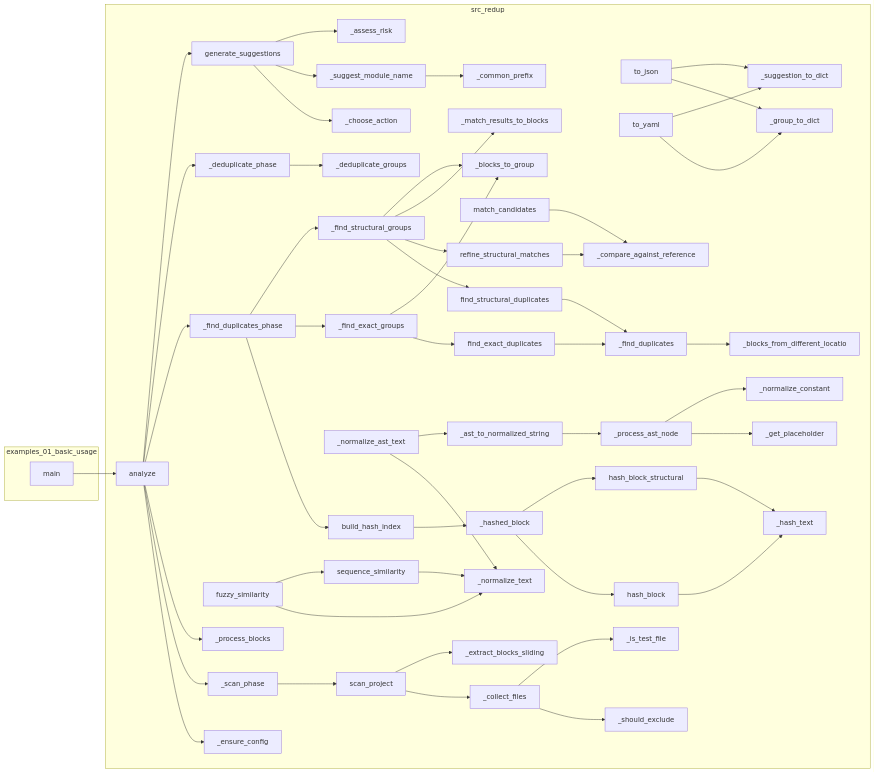
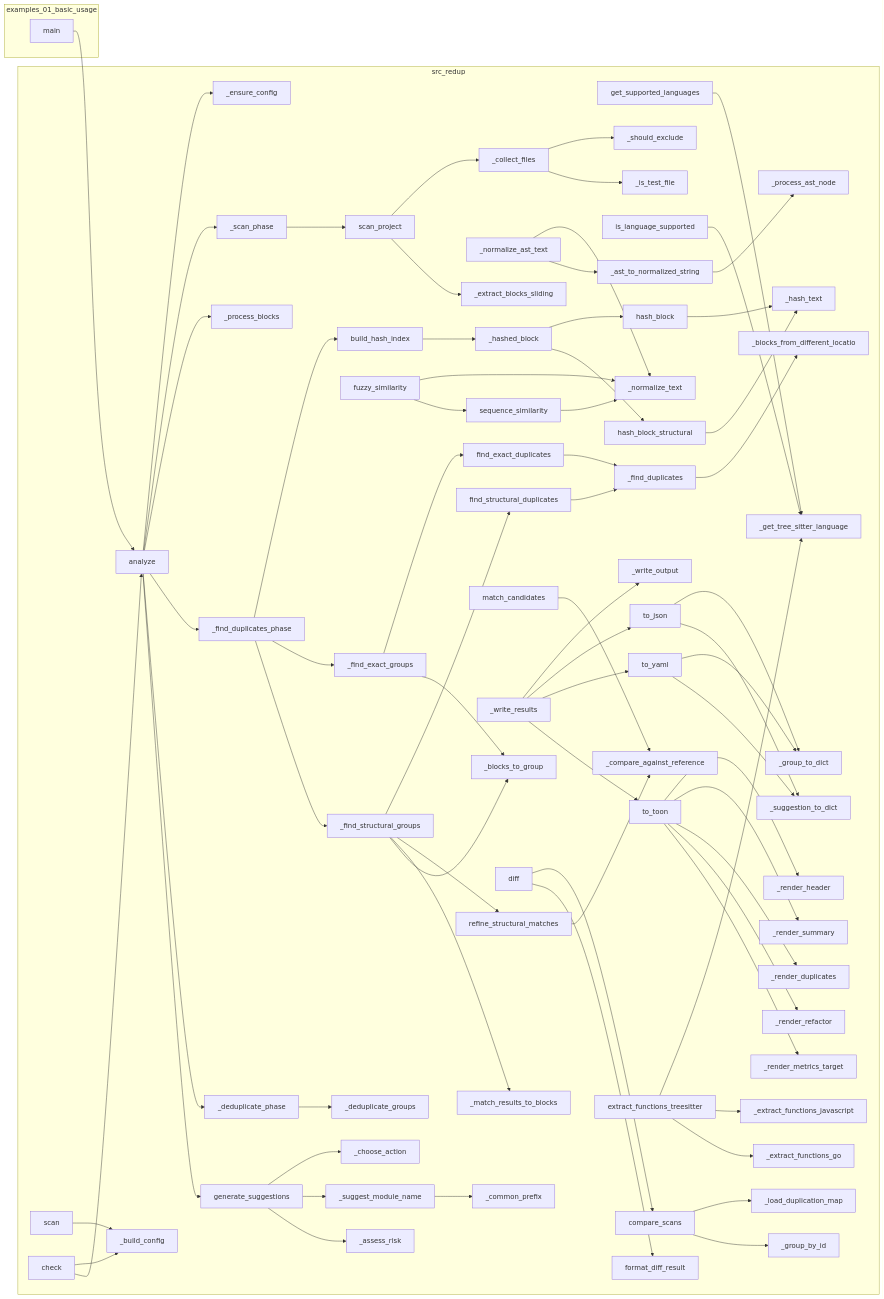
One commit to semcod/redup changed the diagram in project/calls.mmd. Above: the diagram before and after it, drawn with Mermaid. The commit also changed 31 other files, not shown here.

```diff
--- a/project/calls.mmd
+++ b/project/calls.mmd
@@ -1,99 +1,138 @@
 flowchart LR
     subgraph examples_01_basic_usage
         examples__01_basic_usage__main["main"]
     end
     subgraph src_redup
-        src__redup__core__planner___common_prefix["_common_prefix"]
+        src__redup__core__matcher__sequence_similarity["sequence_similarity"]
+        src__redup__core__hasher___normalize_ast_text["_normalize_ast_text"]
+        src__redup__core__pipeline___find_exact_groups["_find_exact_groups"]
+        src__redup__core__differ___group_by_id["_group_by_id"]
+        src__get_supported_languages["get_supported_languages"]
+        src___ast_to_normalized_string["_ast_to_normalized_string"]
+        src___render_header["_render_header"]
+        src__redup__core__hasher__find_exact_duplicates["find_exact_duplicates"]
         src__redup__core__planner___assess_risk["_assess_risk"]
-        src__redup__core__hasher__find_exact_duplicates["find_exact_duplicates"]
-        src__redup__core__hasher___normalize_text["_normalize_text"]
-        src__redup__core__planner___suggest_module_name["_suggest_module_name"]
-        src__redup__core__pipeline___deduplicate_groups["_deduplicate_groups"]
-        src__redup__core__matcher__sequence_similarity["sequence_similarity"]
-        src__redup__core__matcher__match_candidates["match_candidates"]
-        src__redup__core__pipeline___find_duplicates_phase["_find_duplicates_phase"]
-        src__redup__core__hasher___hashed_block["_hashed_block"]
-        src__redup__core__pipeline___ensure_config["_ensure_config"]
-        src__redup__reporters__json_reporter__to_json["to_json"]
-        src__redup__core__hasher___normalize_constant["_normalize_constant"]
-        src__redup__core__scanner___extract_blocks_sliding["_extract_blocks_sliding"]
-        src__redup__core__pipeline___find_exact_groups["_find_exact_groups"]
-        src__redup__reporters__yaml_reporter__to_yaml["to_yaml"]
-        src__refine_structural_matches["refine_structural_matches"]
-        src__redup__core__pipeline___deduplicate_phase["_deduplicate_phase"]
+        src__redup__core__matcher__fuzzy_similarity["fuzzy_similarity"]
+        src__redup__core__hasher___find_duplicates["_find_duplicates"]
+        src__redup__cli_app__main__scan["scan"]
         src___match_results_to_blocks["_match_results_to_blocks"]
-        src__redup__core__hasher__hash_block_structural["hash_block_structural"]
-        src__redup__core__scanner___collect_files["_collect_files"]
-        src___ast_to_normalized_string["_ast_to_normalized_string"]
-        src__redup__core__planner___choose_action["_choose_action"]
-        src__redup__core__matcher__fuzzy_similarity["fuzzy_similarity"]
-        src__redup__core__scanner___is_test_file["_is_test_file"]
+        src___render_metrics_target["_render_metrics_target"]
+        src___extract_functions_javascript["_extract_functions_javascript"]
+        src__redup__core__pipeline___blocks_to_group["_blocks_to_group"]
         src___suggestion_to_dict["_suggestion_to_dict"]
         src__redup__core__pipeline__analyze["analyze"]
-        src__redup__core__pipeline___blocks_to_group["_blocks_to_group"]
+        src___blocks_from_different_locations["_blocks_from_different_locatio"]
+        src___render_summary["_render_summary"]
+        src__redup__core__pipeline___ensure_config["_ensure_config"]
         src__redup__core__hasher___hash_text["_hash_text"]
+        src__is_language_supported["is_language_supported"]
+        src__redup__core__scanner___should_exclude["_should_exclude"]
+        src___render_refactor["_render_refactor"]
+        src__find_structural_duplicates["find_structural_duplicates"]
+        src__redup__core__differ__format_diff_result["format_diff_result"]
+        src___get_tree_sitter_language["_get_tree_sitter_language"]
+        src__redup__core__planner___common_prefix["_common_prefix"]
+        src__redup__reporters__yaml_reporter__to_yaml["to_yaml"]
+        src__redup__core__pipeline___find_duplicates_phase["_find_duplicates_phase"]
+        src__redup__core__differ___load_duplication_map["_load_duplication_map"]
+        src__redup__core__pipeline___deduplicate_groups["_deduplicate_groups"]
         src___compare_against_reference["_compare_against_reference"]
-        src__redup__core__hasher___normalize_ast_text["_normalize_ast_text"]
+        src__redup__core__scanner__scan_project["scan_project"]
         src__redup__core__hasher___process_ast_node["_process_ast_node"]
+        src__redup__cli_app__main__check["check"]
         src___find_structural_groups["_find_structural_groups"]
-        src__redup__core__hasher___find_duplicates["_find_duplicates"]
-        src__redup__core__pipeline___process_blocks["_process_blocks"]
-        src___blocks_from_different_locations["_blocks_from_different_locatio"]
-        src__redup__core__pipeline___scan_phase["_scan_phase"]
-        src__find_structural_duplicates["find_structural_duplicates"]
+        src__redup__core__hasher__build_hash_index["build_hash_index"]
+        src__redup__core__pipeline___deduplicate_phase["_deduplicate_phase"]
+        src__redup__core__planner___choose_action["_choose_action"]
+        src__redup__core__differ__compare_scans["compare_scans"]
+        src__redup__core__hasher___normalize_text["_normalize_text"]
+        src__redup__core__scanner___is_test_file["_is_test_file"]
+        src__redup__core__planner__generate_suggestions["generate_suggestions"]
+        src__redup__core__scanner___extract_blocks_sliding["_extract_blocks_sliding"]
         src___group_to_dict["_group_to_dict"]
         src__redup__core__hasher__hash_block["hash_block"]
-        src__redup__core__hasher__build_hash_index["build_hash_index"]
-        src__redup__core__scanner___should_exclude["_should_exclude"]
-        src__redup__core__hasher___get_placeholder["_get_placeholder"]
-        src__redup__core__planner__generate_suggestions["generate_suggestions"]
-        src__redup__core__scanner__scan_project["scan_project"]
+        src___extract_functions_go["_extract_functions_go"]
+        src__redup__core__matcher__match_candidates["match_candidates"]
+        src__redup__cli_app__main___build_config["_build_config"]
+        src__redup__core__planner___suggest_module_name["_suggest_module_name"]
+        src__redup__reporters__toon_reporter__to_toon["to_toon"]
+        src__redup__cli_app__main___write_output["_write_output"]
+        src__extract_functions_treesitter["extract_functions_treesitter"]
+        src__redup__core__pipeline___scan_phase["_scan_phase"]
+        src__redup__cli_app__main___write_results["_write_results"]
+        src__redup__core__hasher__hash_block_structural["hash_block_structural"]
+        src__redup__reporters__json_reporter__to_json["to_json"]
+        src__redup__core__hasher___hashed_block["_hashed_block"]
+        src__redup__cli_app__main__diff["diff"]
+        src__redup__core__scanner___collect_files["_collect_files"]
+        src__redup__core__pipeline___process_blocks["_process_blocks"]
+        src___render_duplicates["_render_duplicates"]
+        src__refine_structural_matches["refine_structural_matches"]
     end
     examples__01_basic_usage__main --> src__redup__core__pipeline__analyze
     src__redup__core__planner___suggest_module_name --> src__redup__core__planner___common_prefix
     src__redup__core__planner__generate_suggestions --> src__redup__core__planner___choose_action
     src__redup__core__planner__generate_suggestions --> src__redup__core__planner___suggest_module_name
     src__redup__core__planner__generate_suggestions --> src__redup__core__planner___assess_risk
     src__redup__core__scanner___collect_files --> src__redup__core__scanner___should_exclude
     src__redup__core__scanner___collect_files --> src__redup__core__scanner___is_test_file
     src__redup__core__scanner__scan_project --> src__redup__core__scanner___collect_files
     src__redup__core__scanner__scan_project --> src__redup__core__scanner___extract_blocks_sliding
     src__redup__core__pipeline__analyze --> src__redup__core__pipeline___ensure_config
     src__redup__core__pipeline__analyze --> src__redup__core__pipeline___scan_phase
     src__redup__core__pipeline__analyze --> src__redup__core__pipeline___process_blocks
     src__redup__core__pipeline__analyze --> src__redup__core__pipeline___find_duplicates_phase
     src__redup__core__pipeline__analyze --> src__redup__core__pipeline___deduplicate_phase
     src__redup__core__pipeline__analyze --> src__redup__core__planner__generate_suggestions
     src__redup__core__pipeline___scan_phase --> src__redup__core__scanner__scan_project
     src__redup__core__pipeline___find_duplicates_phase --> src__redup__core__hasher__build_hash_index
     src__redup__core__pipeline___find_duplicates_phase --> src__redup__core__pipeline___find_exact_groups
     src__redup__core__pipeline___find_duplicates_phase --> src___find_structural_groups
     src__redup__core__pipeline___find_exact_groups --> src__redup__core__hasher__find_exact_duplicates
     src__redup__core__pipeline___find_exact_groups --> src__redup__core__pipeline___blocks_to_group
     src___find_structural_groups --> src__find_structural_duplicates
     src___find_structural_groups --> src__refine_structural_matches
     src___find_structural_groups --> src___match_results_to_blocks
     src___find_structural_groups --> src__redup__core__pipeline___blocks_to_group
     src__redup__core__pipeline___deduplicate_phase --> src__redup__core__pipeline___deduplicate_groups
+    src__extract_functions_treesitter --> src___get_tree_sitter_language
+    src__extract_functions_treesitter --> src___extract_functions_javascript
+    src__extract_functions_treesitter --> src___extract_functions_go
+    src__get_supported_languages --> src___get_tree_sitter_language
+    src__is_language_supported --> src___get_tree_sitter_language
     src__redup__reporters__json_reporter__to_json --> src___group_to_dict
     src__redup__reporters__json_reporter__to_json --> src___suggestion_to_dict
+    src__redup__reporters__toon_reporter__to_toon --> src___render_header
+    src__redup__reporters__toon_reporter__to_toon --> src___render_summary
+    src__redup__reporters__toon_reporter__to_toon --> src___render_duplicates
+    src__redup__reporters__toon_reporter__to_toon --> src___render_refactor
+    src__redup__reporters__toon_reporter__to_toon --> src___render_metrics_target
     src__redup__reporters__yaml_reporter__to_yaml --> src___group_to_dict
     src__redup__reporters__yaml_reporter__to_yaml --> src___suggestion_to_dict
+    src__redup__core__differ__compare_scans --> src__redup__core__differ___load_duplication_map
+    src__redup__core__differ__compare_scans --> src__redup__core__differ___group_by_id
+    src__redup__core__matcher__sequence_similarity --> src__redup__core__hasher___normalize_text
+    src__redup__core__matcher__fuzzy_similarity --> src__redup__core__hasher___normalize_text
+    src__redup__core__matcher__fuzzy_similarity --> src__redup__core__matcher__sequence_similarity
+    src__redup__core__matcher__match_candidates --> src___compare_against_reference
+    src__refine_structural_matches --> src___compare_against_reference
     src__redup__core__hasher___normalize_ast_text --> src__redup__core__hasher___normalize_text
     src__redup__core__hasher___normalize_ast_text --> src___ast_to_normalized_string
     src___ast_to_normalized_string --> src__redup__core__hasher___process_ast_node
-    src__redup__core__hasher___process_ast_node --> src__redup__core__hasher___get_placeholder
-    src__redup__core__hasher___process_ast_node --> src__redup__core__hasher___normalize_constant
     src__redup__core__hasher__hash_block --> src__redup__core__hasher___hash_text
     src__redup__core__hasher__hash_block_structural --> src__redup__core__hasher___hash_text
     src__redup__core__hasher___hashed_block --> src__redup__core__hasher__hash_block
     src__redup__core__hasher___hashed_block --> src__redup__core__hasher__hash_block_structural
     src__redup__core__hasher__build_hash_index --> src__redup__core__hasher___hashed_block
     src__redup__core__hasher___find_duplicates --> src___blocks_from_different_locations
     src__redup__core__hasher__find_exact_duplicates --> src__redup__core__hasher___find_duplicates
     src__find_structural_duplicates --> src__redup__core__hasher___find_duplicates
-    src__redup__core__matcher__sequence_similarity --> src__redup__core__hasher___normalize_text
-    src__redup__core__matcher__fuzzy_similarity --> src__redup__core__hasher___normalize_text
-    src__redup__core__matcher__fuzzy_similarity --> src__redup__core__matcher__sequence_similarity
-    src__redup__core__matcher__match_candidates --> src___compare_against_reference
-    src__refine_structural_matches --> src___compare_against_reference
+    src__redup__cli_app__main___write_results --> src__redup__cli_app__main___write_output
+    src__redup__cli_app__main___write_results --> src__redup__reporters__json_reporter__to_json
+    src__redup__cli_app__main___write_results --> src__redup__reporters__yaml_reporter__to_yaml
+    src__redup__cli_app__main___write_results --> src__redup__reporters__toon_reporter__to_toon
+    src__redup__cli_app__main__scan --> src__redup__cli_app__main___build_config
+    src__redup__cli_app__main__diff --> src__redup__core__differ__compare_scans
+    src__redup__cli_app__main__diff --> src__redup__core__differ__format_diff_result
+    src__redup__cli_app__main__check --> src__redup__cli_app__main___build_config
+    src__redup__cli_app__main__check --> src__redup__core__pipeline__analyze
```
